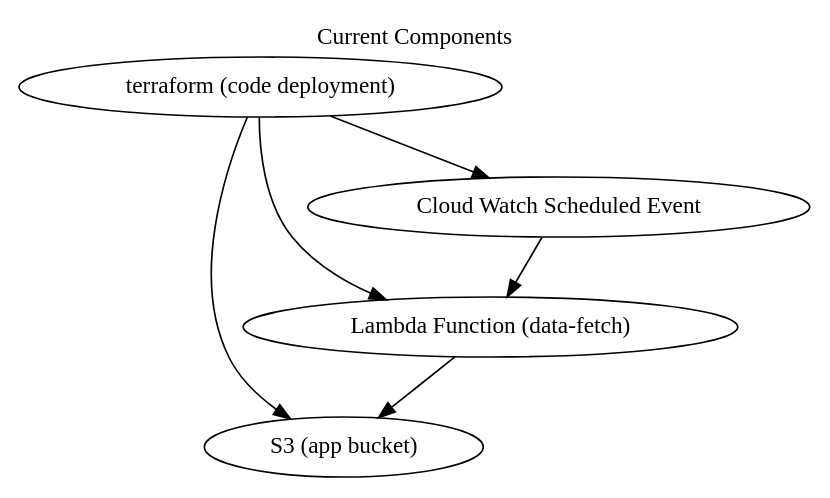
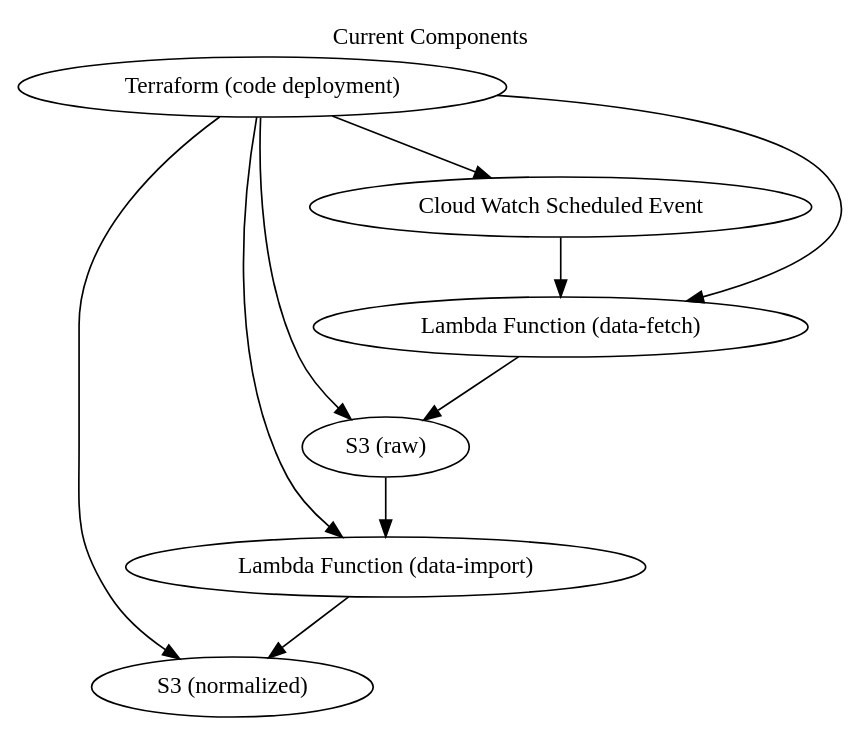
Before and after one commit to code-for-nashville/inclucivics: the diagram in docs/architecture.dot, drawn with Graphviz. The commit also changed 3 other files, not shown here.

Commit message:
update documentation to include data-import

```diff
--- a/docs/architecture.dot
+++ b/docs/architecture.dot
@@ -1,11 +1,16 @@
 digraph {
   label="Current Components"
   labelloc=top
-  tf [label = "terraform (code deployment)"]
-  s3 [label = "S3 (app bucket)"]
-  lf [label = "Lambda Function (data-fetch)"]
+  tf [label = "Terraform (code deployment)"]
+  s3 [label = "S3 (raw)"]
+  s4 [label = "S3 (normalized)"]
+  df [label = "Lambda Function (data-fetch)"]
+  di [label = "Lambda Function (data-import)"]
   cw [label = "Cloud Watch Scheduled Event"]
-  tf -> cw -> lf -> s3
-  tf -> lf
+
+  tf -> cw -> df -> s3 -> di -> s4
+  tf -> di
+  tf -> df
   tf -> s3
+  tf -> s4
 }
```
